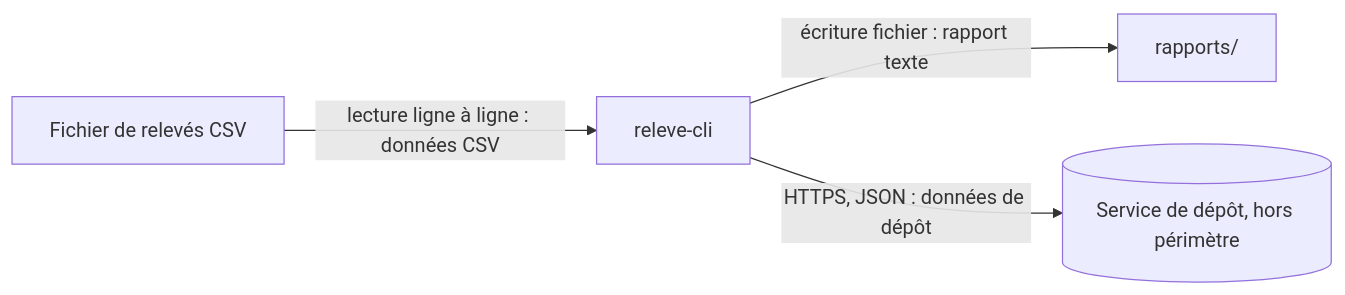
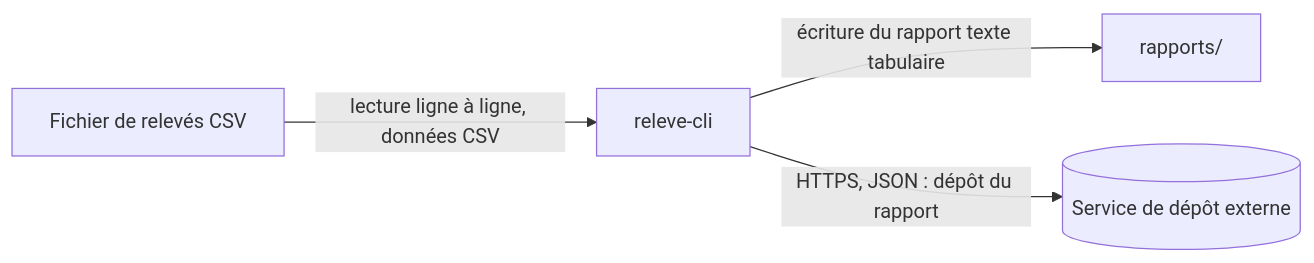
One commit to ErwanLievre/releve-cli-boudeau-denoual-lievre changed the diagram in docs/architecture.md. Above: the diagram before and after it, drawn with Mermaid. The commit also changed other lines of this file, not shown here.

Commit message:
docs: prendre en compte les retours sur l'architecture

````diff
--- a/docs/architecture.md
+++ b/docs/architecture.md
@@ -5,6 +5,11 @@
 ```mermaid
 flowchart LR
-    CSV[Fichier de relevés CSV] -- "lecture ligne à ligne : données CSV" --> CLI[releve-cli]
-    CLI -- "écriture fichier : rapport texte" --> OUT[rapports/]
-    CLI -- "HTTPS, JSON : données de dépôt" --> API[(Service de dépôt, hors périmètre)]
+    CSV[Fichier de relevés CSV]
+    CLI[releve-cli]
+    OUT[rapports/]
+    API[(Service de dépôt externe)]
+
+    CSV -- "lecture ligne à ligne, données CSV" --> CLI
+    CLI -- "écriture du rapport texte tabulaire" --> OUT
+    CLI -- "HTTPS, JSON : dépôt du rapport" --> API
 ```
````
